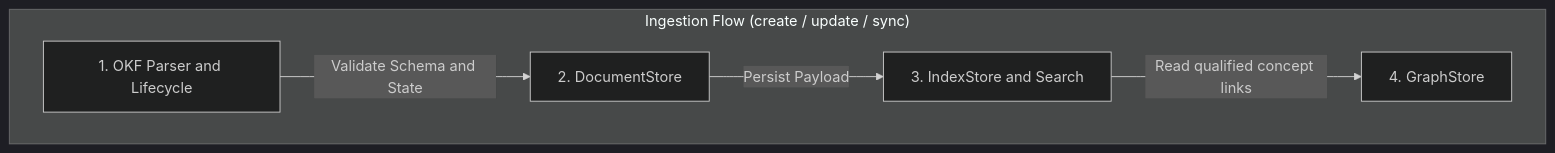
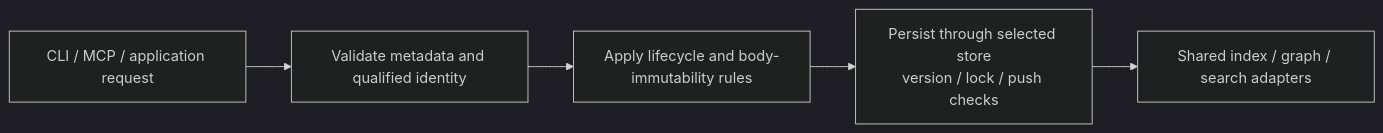
The second of 5 diagrams in .gyrus/concepts/root/reference/guide-001-system-architecture.md (armckinney/gyrus), drawn with Mermaid (dark theme) before and after one commit. The commit also changed other lines of this file and 53 other files, not shown here.

First line of the commit message:
Update technical references and configuration schema

````diff
--- a/.gyrus/concepts/root/reference/guide-001-system-architecture.md
+++ b/.gyrus/concepts/root/reference/guide-001-system-architecture.md
@@ -76,9 +72,7 @@
 ```mermaid
-graph LR
-    subgraph Ingestion ["Ingestion Flow (create / update / sync)"]
-        direction LR
-        P1["1. OKF Parser and Lifecycle"] -->|Validate Schema and State| P2["2. DocumentStore"]
-        P2 -->|Persist Payload| P3["3. IndexStore and Search"]
-        P3 -->|Read qualified concept links| P4["4. GraphStore"]
-    end
+flowchart LR
+    Input["CLI / MCP / application request"] --> Identity["Validate metadata and qualified identity"]
+    Identity --> Lifecycle["Apply lifecycle and body-immutability rules"]
+    Lifecycle --> Store["Persist through selected store<br/>version / lock / push checks"]
+    Store --> Adapters["Shared index / graph / search adapters"]
 ```
````
